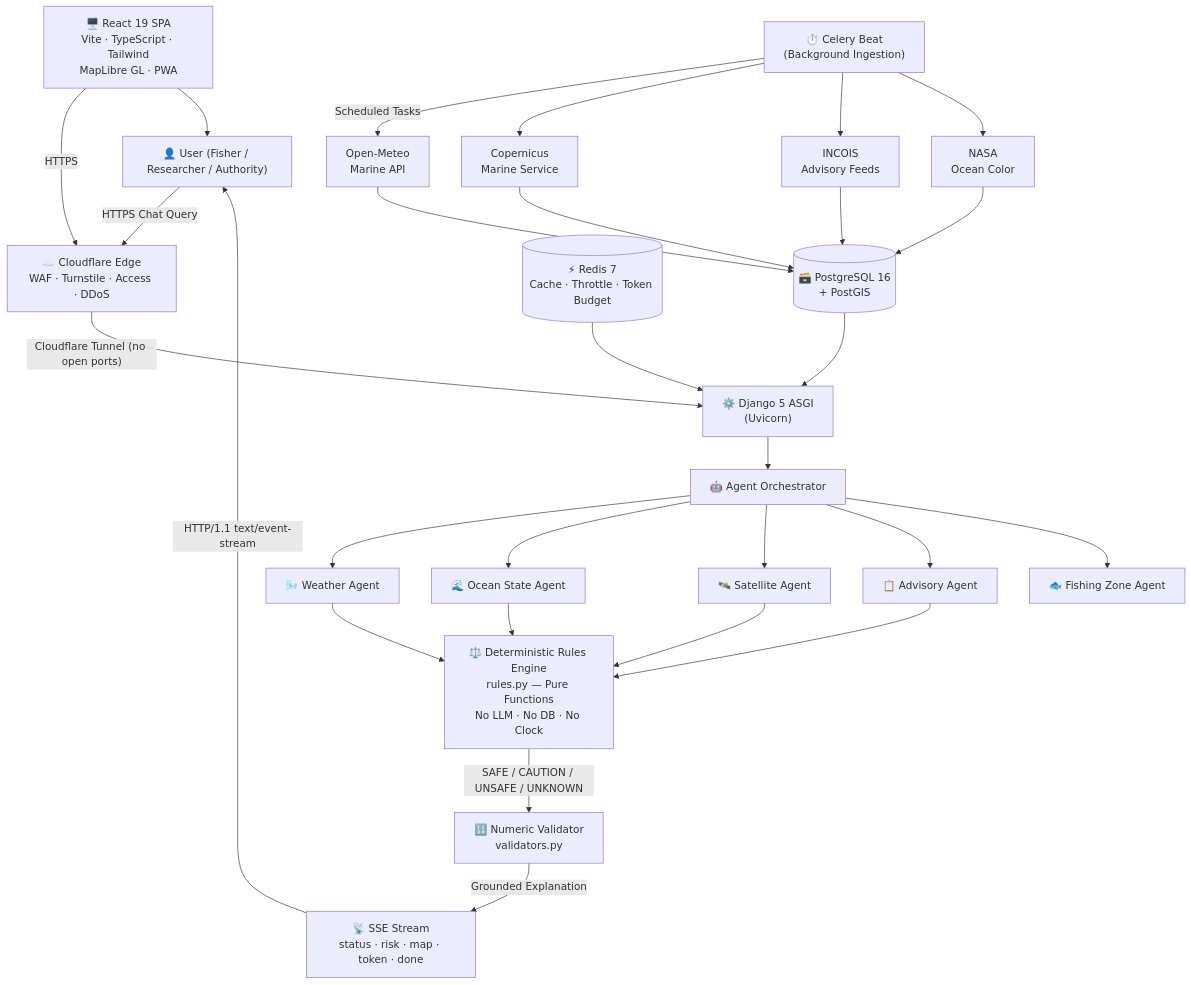
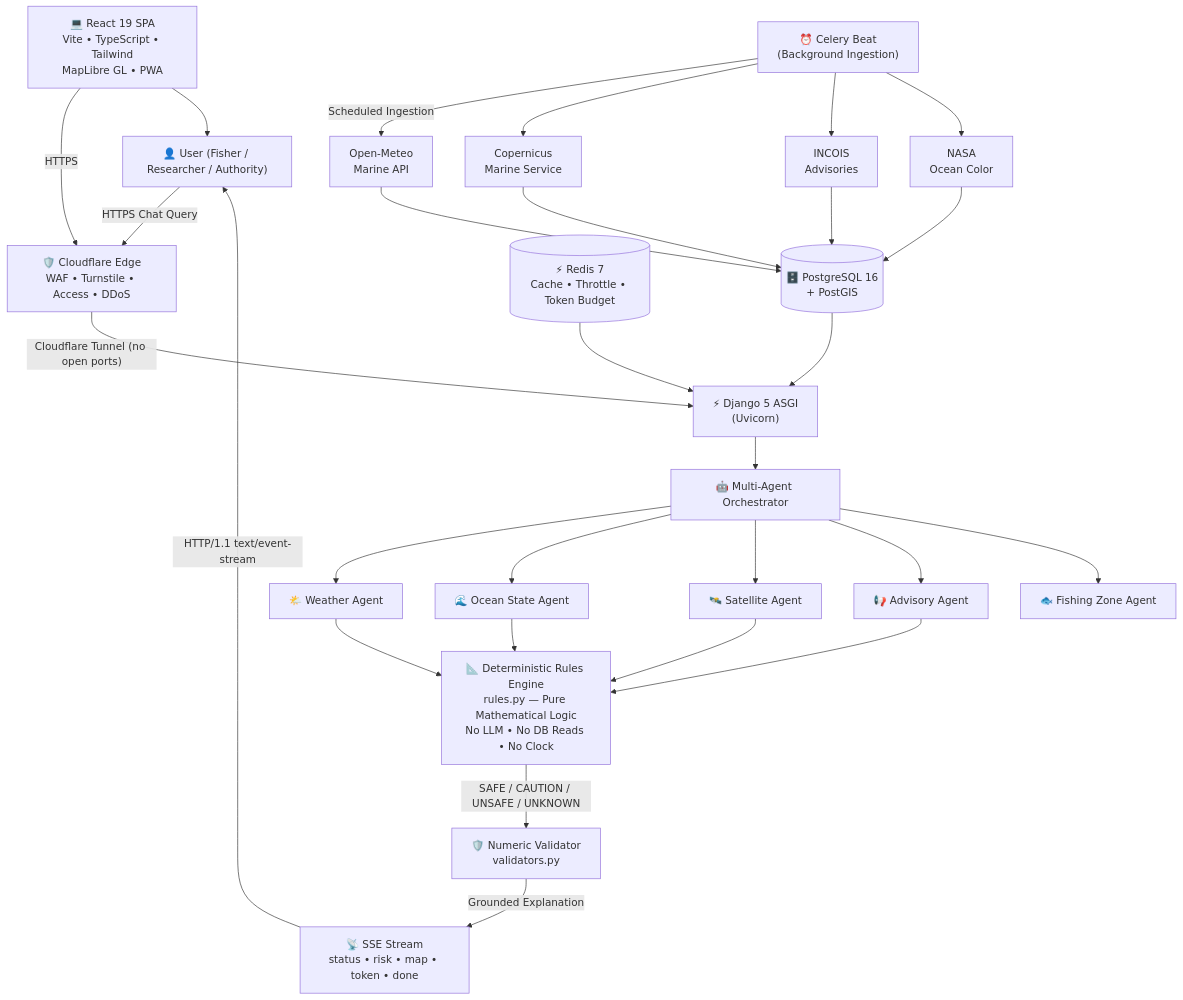
One commit to Abhilakkkkshya505/orca_project changed the first of 2 diagrams in README.md. Above: the diagram before and after it, drawn with Mermaid. The commit also changed other lines of this file and 1 other file, not shown here.

````diff
--- a/README.md
+++ b/README.md
@@ -84,36 +99,36 @@
 ```mermaid
 flowchart TD
     U["👤 User (Fisher / Researcher / Authority)"]
-    U -->|"HTTPS Chat Query"| CF["☁️ Cloudflare Edge\nWAF · Turnstile · Access · DDoS"]
-    CF -->|"Cloudflare Tunnel (no open ports)"| API["⚙️ Django 5 ASGI\n(Uvicorn)"]
+    U -->|"HTTPS Chat Query"| CF["🛡️ Cloudflare Edge\nWAF • Turnstile • Access • DDoS"]
+    CF -->|"Cloudflare Tunnel (no open ports)"| API["⚡ Django 5 ASGI\n(Uvicorn)"]
 
-    API --> ORCH["🤖 Agent Orchestrator"]
-    ORCH --> WA["🌬️ Weather Agent"]
+    API --> ORCH["🤖 Multi-Agent Orchestrator"]
+    ORCH --> WA["🌤️ Weather Agent"]
     ORCH --> OA["🌊 Ocean State Agent"]
     ORCH --> SA["🛰️ Satellite Agent"]
-    ORCH --> AA["📋 Advisory Agent"]
+    ORCH --> AA["📢 Advisory Agent"]
     ORCH --> FZA["🐟 Fishing Zone Agent"]
 
-    WA --> RULES["⚖️ Deterministic Rules Engine\nrules.py — Pure Functions\nNo LLM · No DB · No Clock"]
+    WA --> RULES["📐 Deterministic Rules Engine\nrules.py — Pure Mathematical Logic\nNo LLM • No DB Reads • No Clock"]
     OA --> RULES
     SA --> RULES
     AA --> RULES
 
-    RULES -->|"SAFE / CAUTION / UNSAFE / UNKNOWN"| VAL["🔢 Numeric Validator\nvalidators.py"]
-    VAL -->|"Grounded Explanation"| SSE["📡 SSE Stream\nstatus · risk · map · token · done"]
+    RULES -->|"SAFE / CAUTION / UNSAFE / UNKNOWN"| VAL["🛡️ Numeric Validator\nvalidators.py"]
+    VAL -->|"Grounded Explanation"| SSE["📡 SSE Stream\nstatus • risk • map • token • done"]
     SSE -->|"HTTP/1.1 text/event-stream"| U
 
-    CELERY["⏱️ Celery Beat\n(Background Ingestion)"] -->|"Scheduled Tasks"| OM["Open-Meteo\nMarine API"]
+    CELERY["⏰ Celery Beat\n(Background Ingestion)"] -->|"Scheduled Ingestion"| OM["Open-Meteo\nMarine API"]
     CELERY --> COP["Copernicus\nMarine Service"]
-    CELERY --> INC["INCOIS\nAdvisory Feeds"]
+    CELERY --> INC["INCOIS\nAdvisories"]
     CELERY --> NASA["NASA\nOcean Color"]
-    OM --> DB[("🗃️ PostgreSQL 16\n+ PostGIS")]
+    OM --> DB[("🗄️ PostgreSQL 16\n+ PostGIS")]
     COP --> DB
     INC --> DB
     NASA --> DB
     DB --> API
-    REDIS[("⚡ Redis 7\nCache · Throttle · Token Budget")] --> API
+    REDIS[("⚡ Redis 7\nCache • Throttle • Token Budget")] --> API
 
-    FE["🖥️ React 19 SPA\nVite · TypeScript · Tailwind\nMapLibre GL · PWA"] -->|"HTTPS"| CF
+    FE["💻 React 19 SPA\nVite • TypeScript • Tailwind\nMapLibre GL • PWA"] -->|"HTTPS"| CF
     FE --> U
 ```
````
